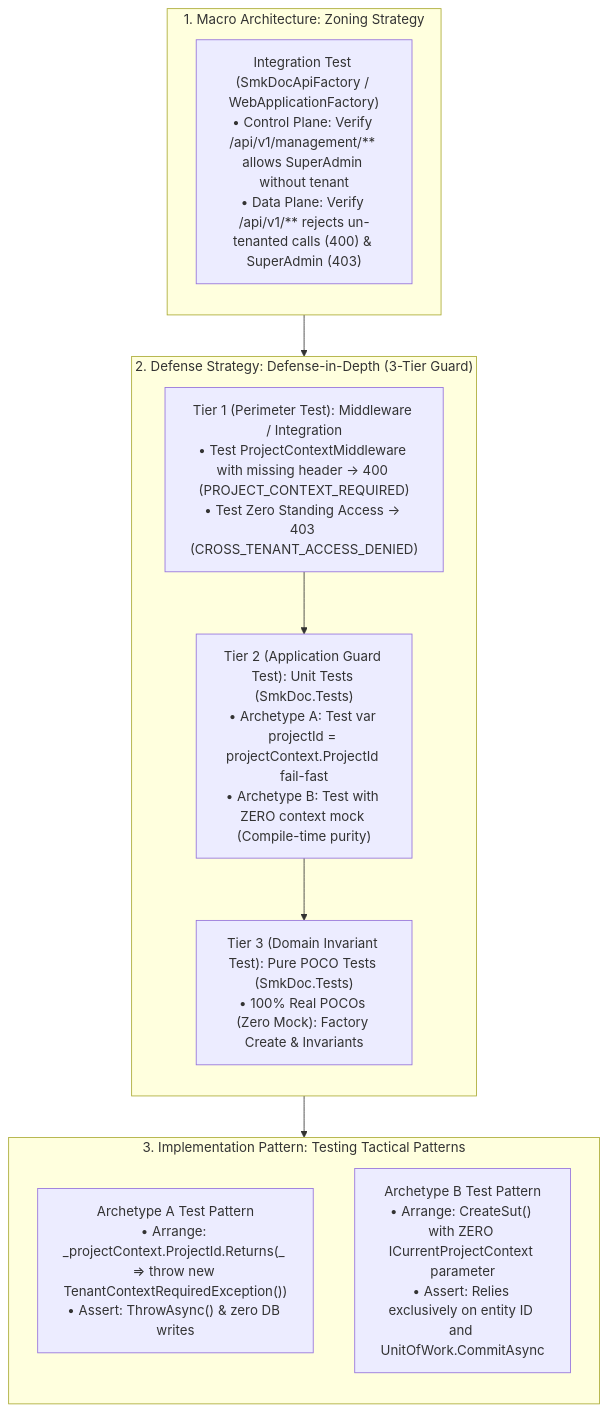
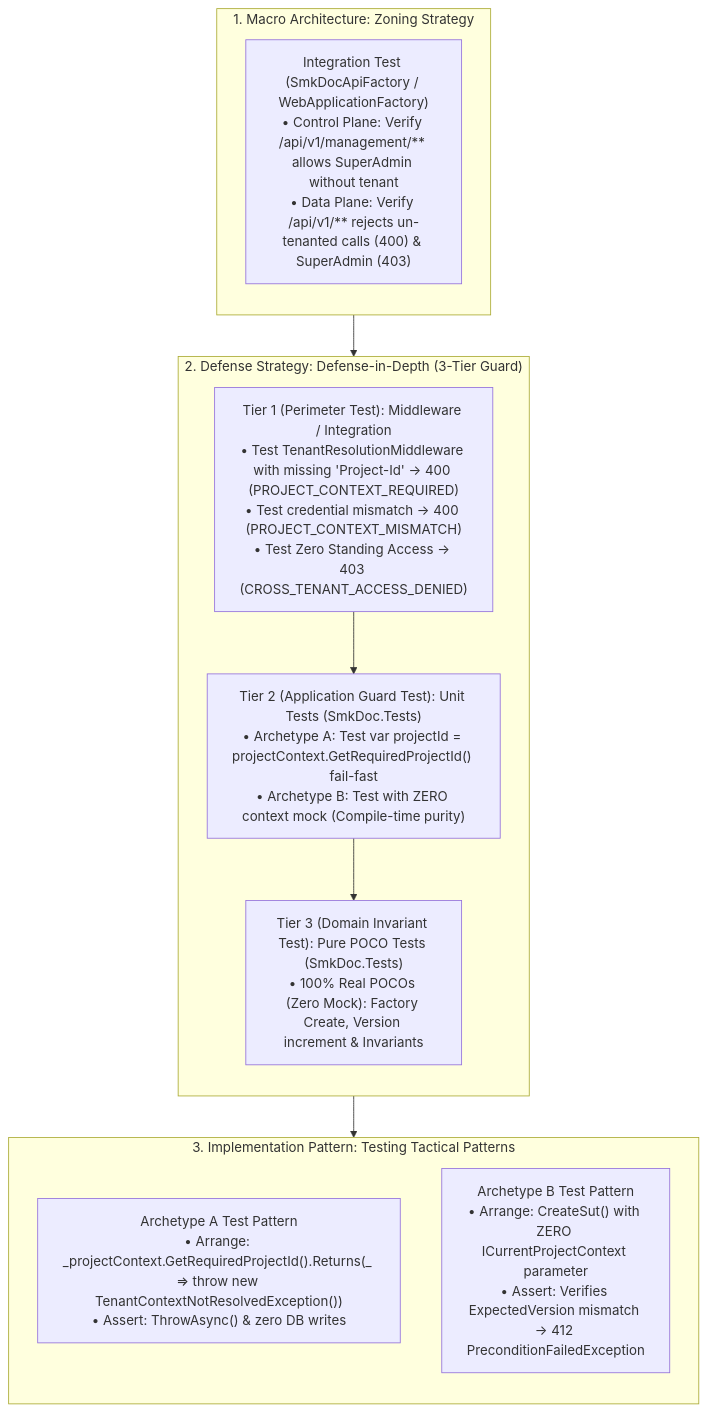
One commit to suang05/doc_template changed the diagram in specs/01_clean_arch_patterns/05_testing_archetypes.md. Above: the diagram before and after it, drawn with Mermaid. The commit also changed other lines of this file and 17 other files, not shown here.

Commit message:
feat: add backend v2 build configuration, banned symbols, and core architecture specifications

````diff
--- a/specs/01_clean_arch_patterns/05_testing_archetypes.md
+++ b/specs/01_clean_arch_patterns/05_testing_archetypes.md
@@ -23,24 +23,24 @@
 ```mermaid
 flowchart TD
     subgraph Macro ["1. Macro Architecture: Zoning Strategy"]
         direction TB
         IntMacro["Integration Test (SmkDocApiFactory / WebApplicationFactory)\n• Control Plane: Verify /api/v1/management/** allows SuperAdmin without tenant\n• Data Plane: Verify /api/v1/** rejects un-tenanted calls (400) & SuperAdmin (403)"]
     end
 
     subgraph Defense ["2. Defense Strategy: Defense-in-Depth (3-Tier Guard)"]
         direction TB
-        TestT1["Tier 1 (Perimeter Test): Middleware / Integration\n• Test ProjectContextMiddleware with missing header -> 400 (PROJECT_CONTEXT_REQUIRED)\n• Test Zero Standing Access -> 403 (CROSS_TENANT_ACCESS_DENIED)"]
-        TestT2["Tier 2 (Application Guard Test): Unit Tests (SmkDoc.Tests)\n• Archetype A: Test var projectId = projectContext.ProjectId fail-fast\n• Archetype B: Test with ZERO context mock (Compile-time purity)"]
-        TestT3["Tier 3 (Domain Invariant Test): Pure POCO Tests (SmkDoc.Tests)\n• 100% Real POCOs (Zero Mock): Factory Create & Invariants"]
+        TestT1["Tier 1 (Perimeter Test): Middleware / Integration\n• Test TenantResolutionMiddleware with missing 'Project-Id' -> 400 (PROJECT_CONTEXT_REQUIRED)\n• Test credential mismatch -> 400 (PROJECT_CONTEXT_MISMATCH)\n• Test Zero Standing Access -> 403 (CROSS_TENANT_ACCESS_DENIED)"]
+        TestT2["Tier 2 (Application Guard Test): Unit Tests (SmkDoc.Tests)\n• Archetype A: Test var projectId = projectContext.GetRequiredProjectId() fail-fast\n• Archetype B: Test with ZERO context mock (Compile-time purity)"]
+        TestT3["Tier 3 (Domain Invariant Test): Pure POCO Tests (SmkDoc.Tests)\n• 100% Real POCOs (Zero Mock): Factory Create, Version increment & Invariants"]
         TestT1 --> TestT2 --> TestT3
     end
 
     subgraph Tactical ["3. Implementation Pattern: Testing Tactical Patterns"]
         direction TB
-        MockA["Archetype A Test Pattern\n• Arrange: _projectContext.ProjectId.Returns(_ => throw new TenantContextRequiredException())\n• Assert: ThrowAsync<TenantContextRequiredException>() & zero DB writes"]
-        MockB["Archetype B Test Pattern\n• Arrange: CreateSut() with ZERO ICurrentProjectContext parameter\n• Assert: Relies exclusively on entity ID and UnitOfWork.CommitAsync"]
+        MockA["Archetype A Test Pattern\n• Arrange: _projectContext.GetRequiredProjectId().Returns(_ => throw new TenantContextNotResolvedException())\n• Assert: ThrowAsync<TenantContextNotResolvedException>() & zero DB writes"]
+        MockB["Archetype B Test Pattern\n• Arrange: CreateSut() with ZERO ICurrentProjectContext parameter\n• Assert: Verifies ExpectedVersion mismatch -> 412 PreconditionFailedException"]
     end
 
     IntMacro --> TestT1
     TestT2 --> Tactical
 ```
````
